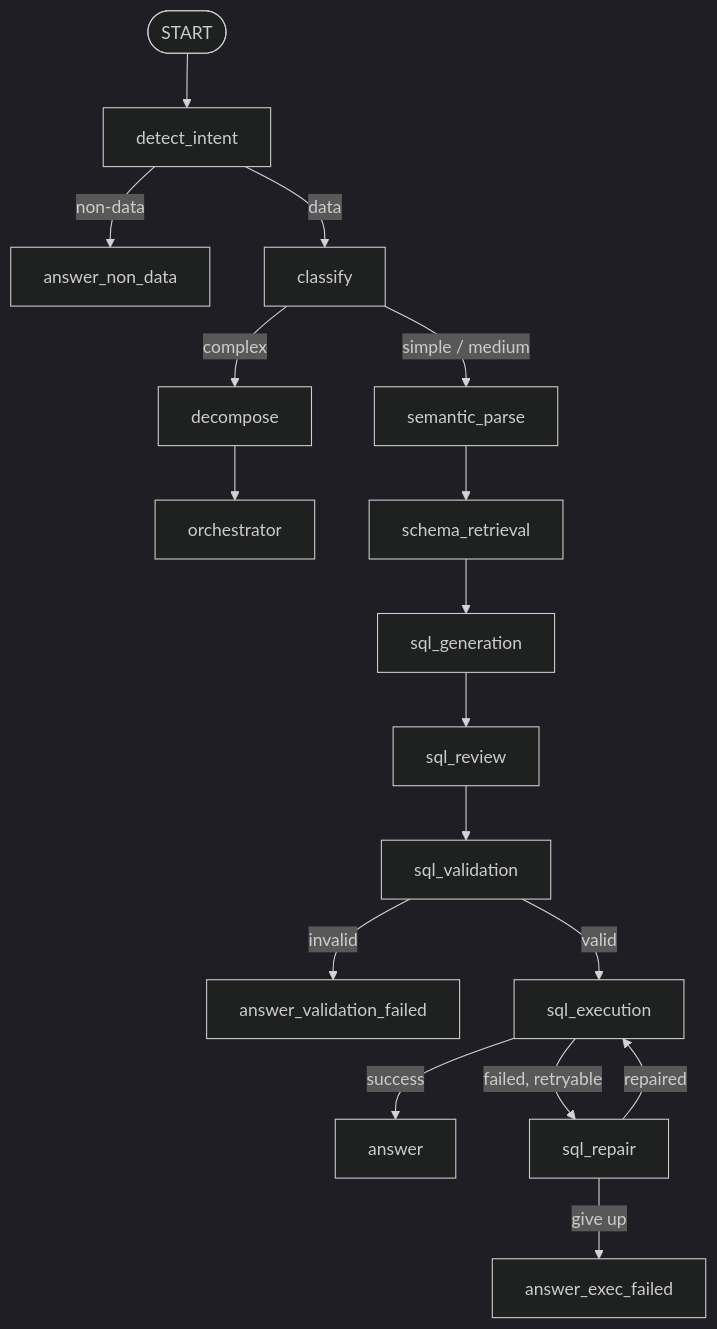
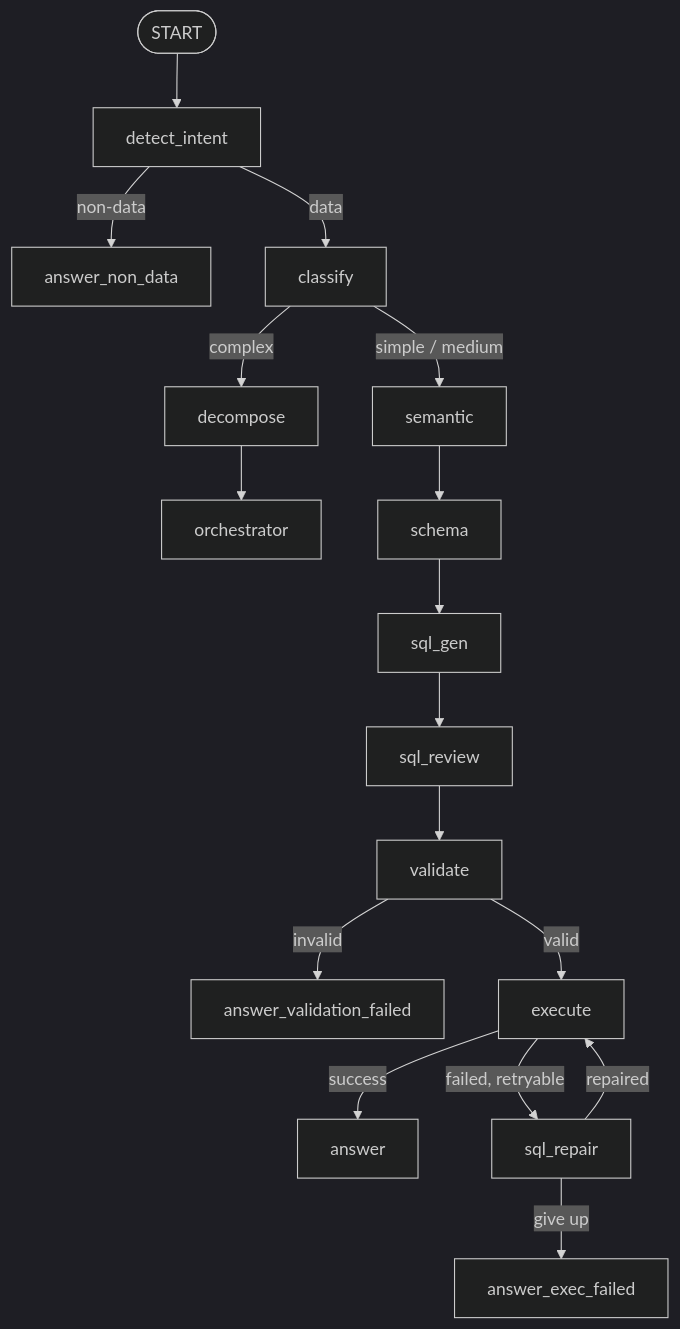
One commit to hr-huang/Text2SQL changed the second of 2 diagrams in README.md. Above: the diagram before and after it, drawn with Mermaid (dark theme). The commit also changed other lines of this file, not shown here.

````diff
--- a/README.md
+++ b/README.md
@@ -77,19 +75,19 @@
 ```mermaid
 flowchart TD
     START([START]) --> Intent[detect_intent]
     Intent -- non-data --> NonData[answer_non_data]
     Intent -- data --> Classify[classify]
-    Classify -- simple / medium --> Semantic[semantic_parse]
+    Classify -- simple / medium --> Semantic[semantic]
     Classify -- complex --> Decompose[decompose]
     Decompose --> Orchestrator[orchestrator]
-    Semantic --> Schema[schema_retrieval]
-    Schema --> SQLGen[sql_generation]
+    Semantic --> Schema[schema]
+    Schema --> SQLGen[sql_gen]
     SQLGen --> Review[sql_review]
-    Review --> Validate[sql_validation]
+    Review --> Validate[validate]
     Validate -- invalid --> ValidationFailed[answer_validation_failed]
-    Validate -- valid --> Execute[sql_execution]
+    Validate -- valid --> Execute[execute]
     Execute -- success --> Answer[answer]
     Execute -- failed, retryable --> Repair[sql_repair]
     Repair -- repaired --> Execute
     Repair -- give up --> ExecFailed[answer_exec_failed]
 ```
````
